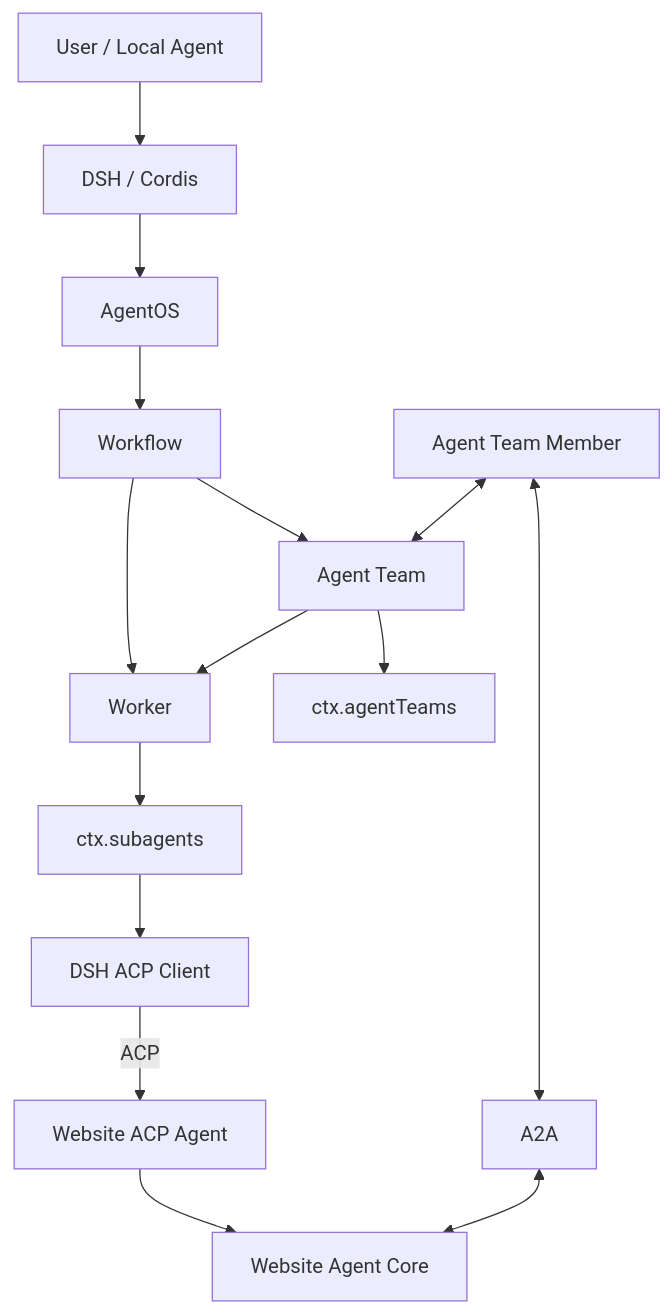
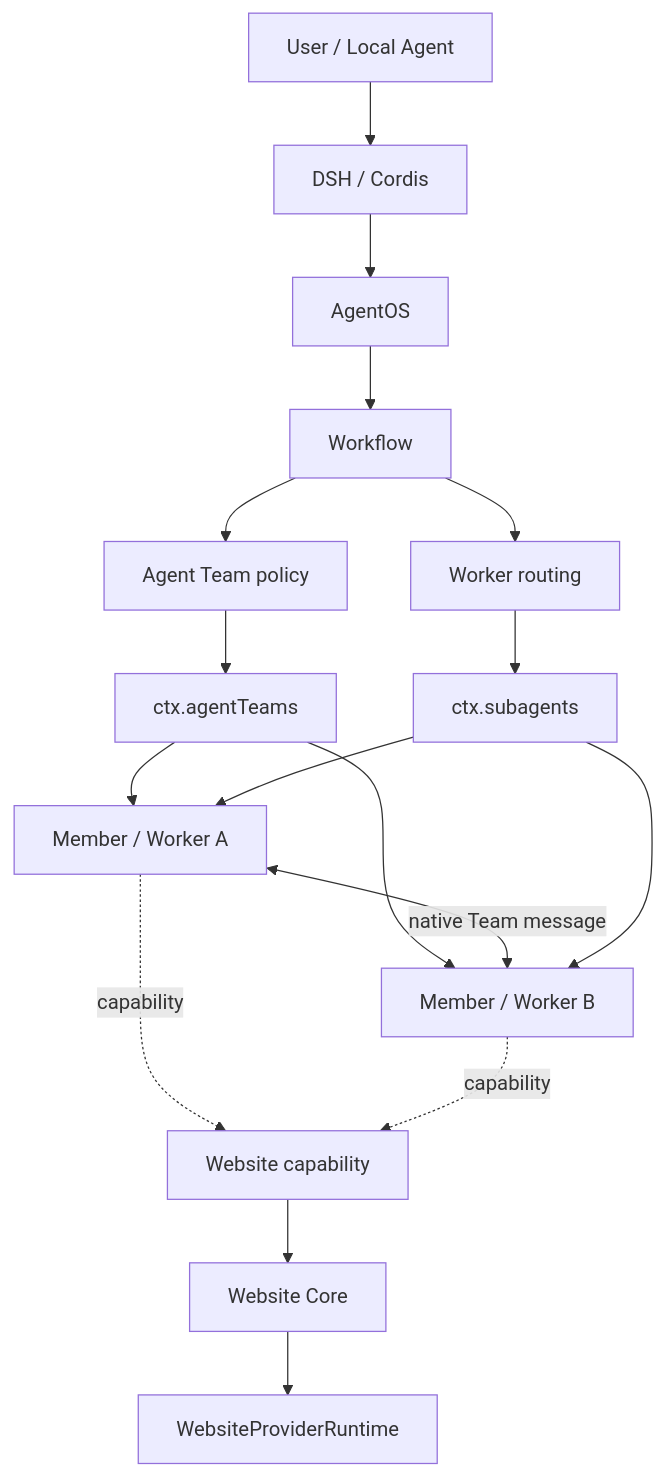
The diagram in docs/architecture/plugins/README.md (tsuuanmi/AgentOS), drawn with Mermaid before and after one commit. The commit also changed other lines of this file and 41 other files, not shown here.

First line of the commit message:
docs: consolidate Worker-first MVP architecture

```diff
--- a/docs/architecture/plugins/README.md
+++ b/docs/architecture/plugins/README.md
@@ -88,34 +118,38 @@
 ~~~mermaid
 flowchart TB
     User[User / Local Agent]
     Host[DSH / Cordis]
     AO[AgentOS]
 
     WF[Workflow]
-    Team[Agent Team]
-    Worker[Worker]
+    Team[Agent Team policy]
+    DSHAT[ctx.agentTeams]
 
-    DSHAT[ctx.agentTeams]
+    M1[Member / Worker A]
+    M2[Member / Worker B]
+
+    Router[Worker routing]
     Sub[ctx.subagents]
-    ACPClient[DSH ACP Client]
 
-    WebACP[Website ACP Agent]
-    WebCore[Website Agent Core]
-    A2A[A2A]
-    Member[Agent Team Member]
+    Web[Website capability]
+    Core[Website Core]
+    Runtime[WebsiteProviderRuntime]
 
     User --> Host --> AO
     AO --> WF
     WF --> Team
-    WF --> Worker
-    Team --> Worker
+    WF --> Router
 
     Team --> DSHAT
-    Worker --> Sub
-    Sub --> ACPClient
-    ACPClient -->|ACP| WebACP --> WebCore
+    DSHAT --> M1
+    DSHAT --> M2
+    M1 <-->|native Team message| M2
 
-    Member <--> Team
-    Member <--> A2A
-    A2A <--> WebCore
+    Router --> Sub
+    Sub --> M1
+    Sub --> M2
+
+    M1 -. capability .-> Web
+    M2 -. capability .-> Web
+    Web --> Core --> Runtime
 ~~~
```
